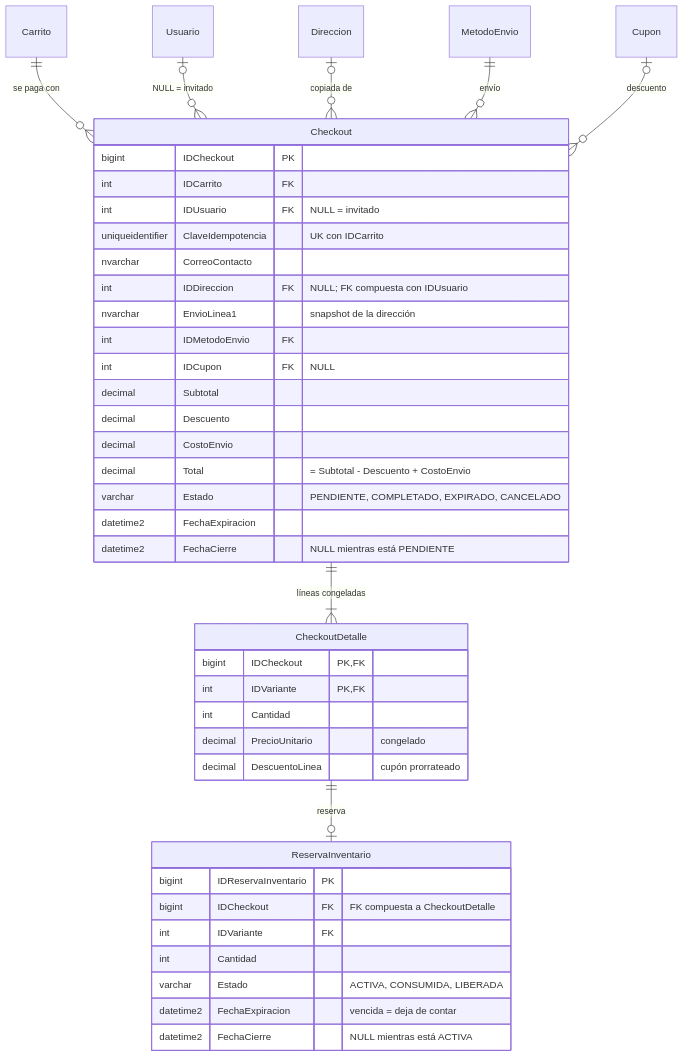
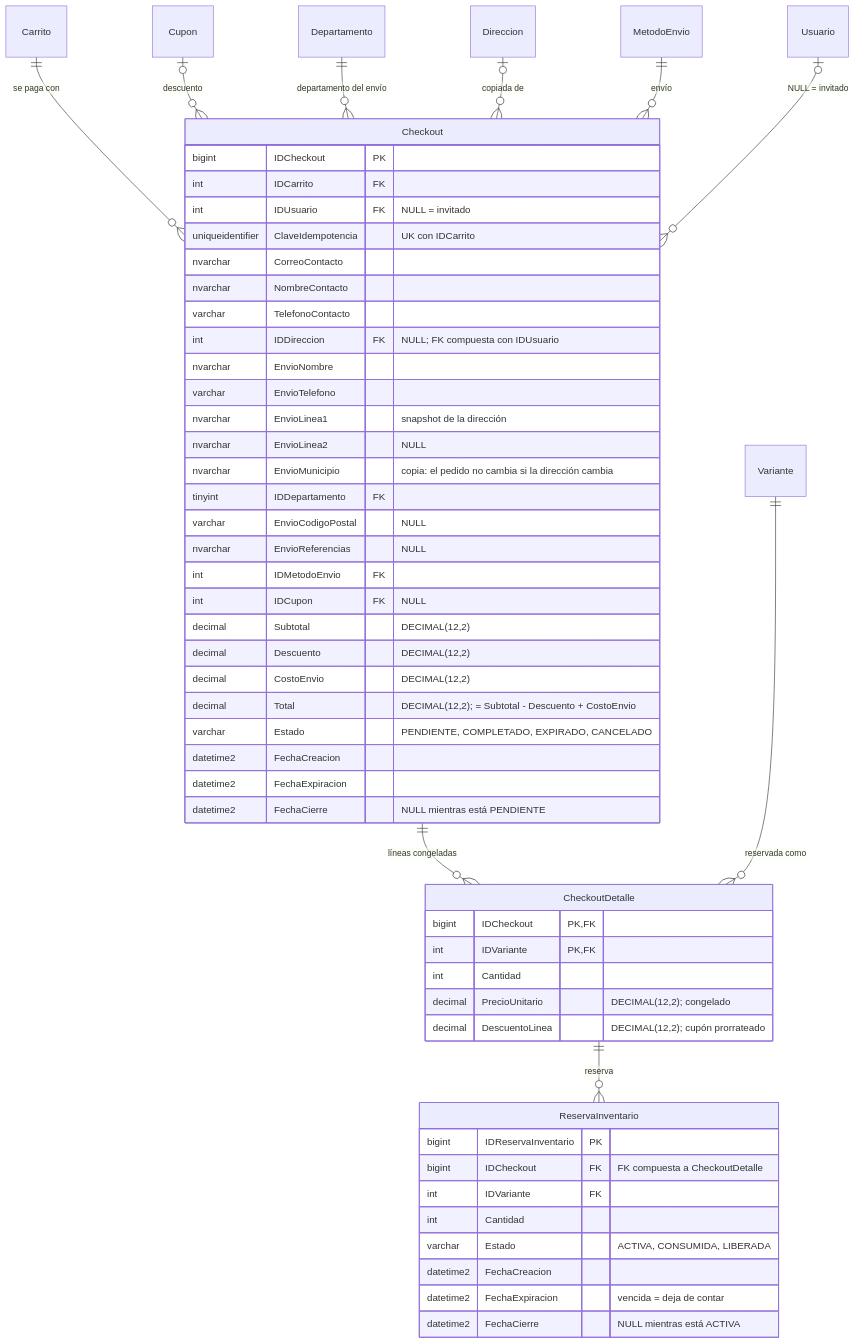
Before and after one commit to aMarvinQ/ShopCart: the seventh of 9 diagrams in docs/ER.md, drawn with Mermaid. The commit also changed other lines of this file and 3 other files, not shown here.

````diff
--- a/docs/ER.md
+++ b/docs/ER.md
@@ -247,45 +349,58 @@
 ```mermaid
 erDiagram
     Carrito ||--o{ Checkout : "se paga con"
-    Usuario |o--o{ Checkout : "NULL = invitado"
+    Cupon |o--o{ Checkout : "descuento"
+    Departamento ||--o{ Checkout : "departamento del envío"
     Direccion |o--o{ Checkout : "copiada de"
     MetodoEnvio ||--o{ Checkout : "envío"
-    Cupon |o--o{ Checkout : "descuento"
-    Checkout ||--|{ CheckoutDetalle : "líneas congeladas"
-    CheckoutDetalle ||--o| ReservaInventario : "reserva"
+    Usuario |o--o{ Checkout : "NULL = invitado"
+    Checkout ||--o{ CheckoutDetalle : "líneas congeladas"
+    Variante ||--o{ CheckoutDetalle : "reservada como"
+    CheckoutDetalle ||--o{ ReservaInventario : "reserva"
 
     Checkout {
         bigint IDCheckout PK
         int IDCarrito FK
         int IDUsuario FK "NULL = invitado"
         uniqueidentifier ClaveIdempotencia "UK con IDCarrito"
         nvarchar CorreoContacto
+        nvarchar NombreContacto
+        varchar TelefonoContacto
         int IDDireccion FK "NULL; FK compuesta con IDUsuario"
+        nvarchar EnvioNombre
+        varchar EnvioTelefono
         nvarchar EnvioLinea1 "snapshot de la dirección"
+        nvarchar EnvioLinea2 "NULL"
+        nvarchar EnvioMunicipio "copia: el pedido no cambia si la dirección cambia"
+        tinyint IDDepartamento FK
+        varchar EnvioCodigoPostal "NULL"
+        nvarchar EnvioReferencias "NULL"
         int IDMetodoEnvio FK
         int IDCupon FK "NULL"
-        decimal Subtotal
-        decimal Descuento
-        decimal CostoEnvio
-        decimal Total "= Subtotal - Descuento + CostoEnvio"
+        decimal Subtotal "DECIMAL(12,2)"
+        decimal Descuento "DECIMAL(12,2)"
+        decimal CostoEnvio "DECIMAL(12,2)"
+        decimal Total "DECIMAL(12,2); = Subtotal - Descuento + CostoEnvio"
         varchar Estado "PENDIENTE, COMPLETADO, EXPIRADO, CANCELADO"
+        datetime2 FechaCreacion
         datetime2 FechaExpiracion
         datetime2 FechaCierre "NULL mientras está PENDIENTE"
     }
     CheckoutDetalle {
         bigint IDCheckout PK, FK
         int IDVariante PK, FK
         int Cantidad
-        decimal PrecioUnitario "congelado"
-        decimal DescuentoLinea "cupón prorrateado"
+        decimal PrecioUnitario "DECIMAL(12,2); congelado"
+        decimal DescuentoLinea "DECIMAL(12,2); cupón prorrateado"
     }
     ReservaInventario {
         bigint IDReservaInventario PK
         bigint IDCheckout FK "FK compuesta a CheckoutDetalle"
         int IDVariante FK
         int Cantidad
         varchar Estado "ACTIVA, CONSUMIDA, LIBERADA"
+        datetime2 FechaCreacion
         datetime2 FechaExpiracion "vencida = deja de contar"
         datetime2 FechaCierre "NULL mientras está ACTIVA"
     }
 ```
````
